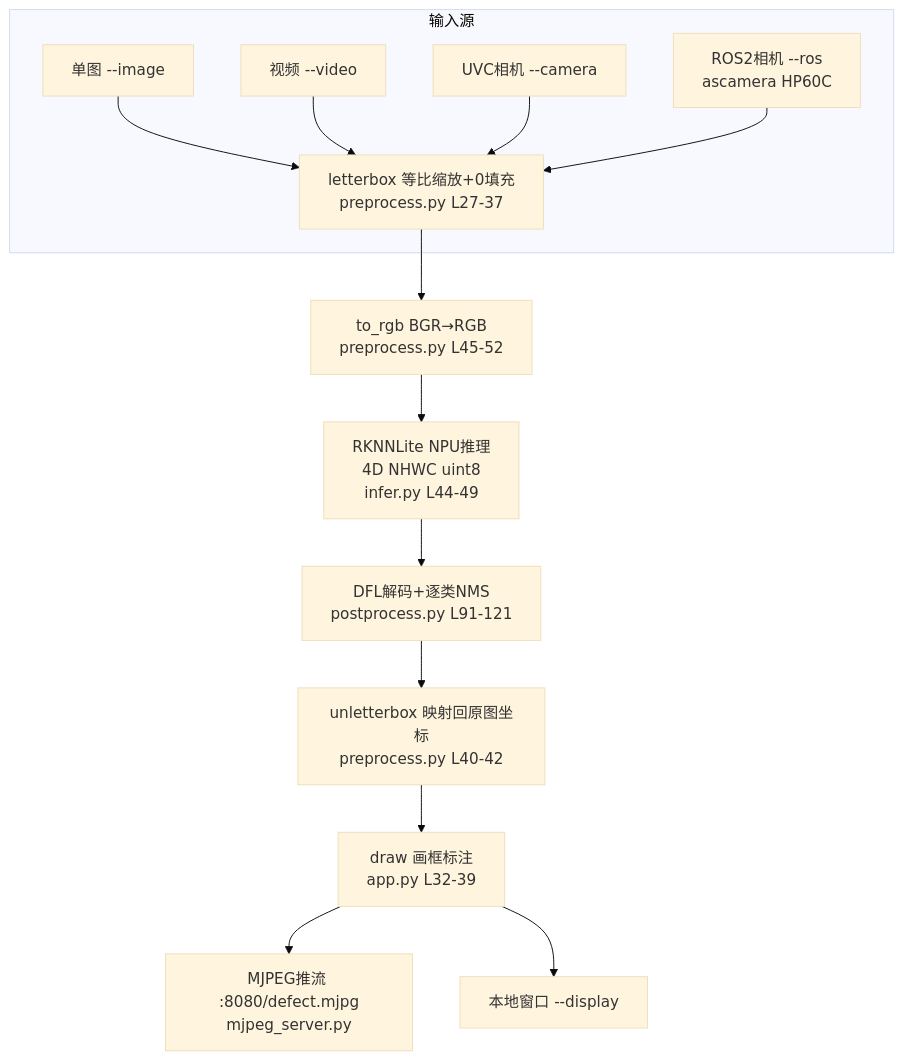
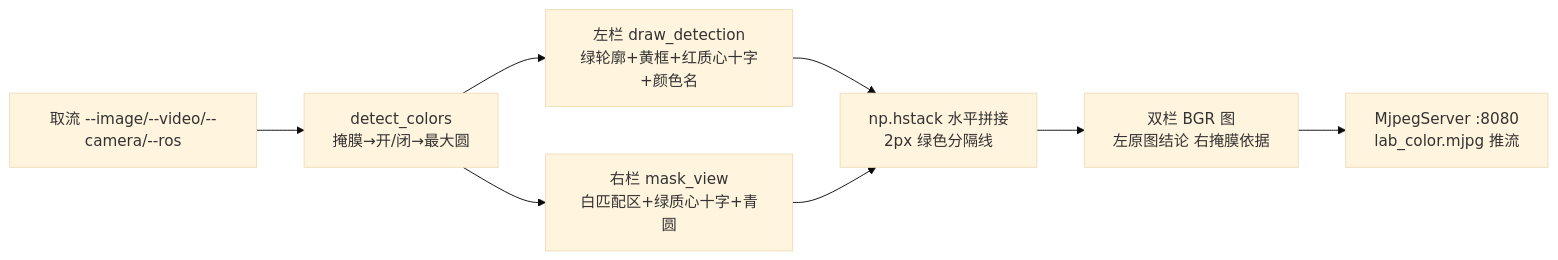
One commit to aibittek/course_generate_agent changed the sixth of 7 diagrams in courses/sheet1/robot_vision/_parts/experiment-1.md. Above: the diagram before and after it, drawn with Mermaid (base theme). The commit also changed other lines of this file and 98 other files, not shown here.

````diff
--- a/courses/sheet1/robot_vision/_parts/experiment-1.md
+++ b/courses/sheet1/robot_vision/_parts/experiment-1.md
@@ -519,16 +449,10 @@
 ```mermaid
-graph TD
-    subgraph 输入源
-        I1[单图 --image] --> P
-        I2[视频 --video] --> P
-        I3[UVC相机 --camera] --> P
-        I4[ROS2相机 --ros<br/>ascamera HP60C] --> P
-    end
-    P[letterbox 等比缩放+0填充<br/>preprocess.py L27-37] --> R[to_rgb BGR→RGB<br/>preprocess.py L45-52]
-    R --> N[RKNNLite NPU推理<br/>4D NHWC uint8<br/>infer.py L44-49]
-    N --> D[DFL解码+逐类NMS<br/>postprocess.py L91-121]
-    D --> U[unletterbox 映射回原图坐标<br/>preprocess.py L40-42]
-    U --> S[draw 画框标注<br/>app.py L32-39]
-    S --> O[MJPEG推流 :8080/defect.mjpg<br/>mjpeg_server.py]
-    S --> W[本地窗口 --display]
+flowchart LR
+    A[取流 --image/--video/--camera/--ros] --> B[detect_colors<br/>掩膜→开/闭→最大圆]
+    B --> C[左栏 draw_detection<br/>绿轮廓+黄框+红质心十字+颜色名]
+    C --> D[np.hstack 水平拼接<br/>2px 绿色分隔线]
+    D --> E[双栏 BGR 图<br/>左原图结论 右掩膜依据]
+    E --> F[MjpegServer :8080<br/>lab_color.mjpg 推流]
+
+    B --> G3[右栏 mask_view<br/>白匹配区+绿质心十字+青圆] --> D
 ```
````
